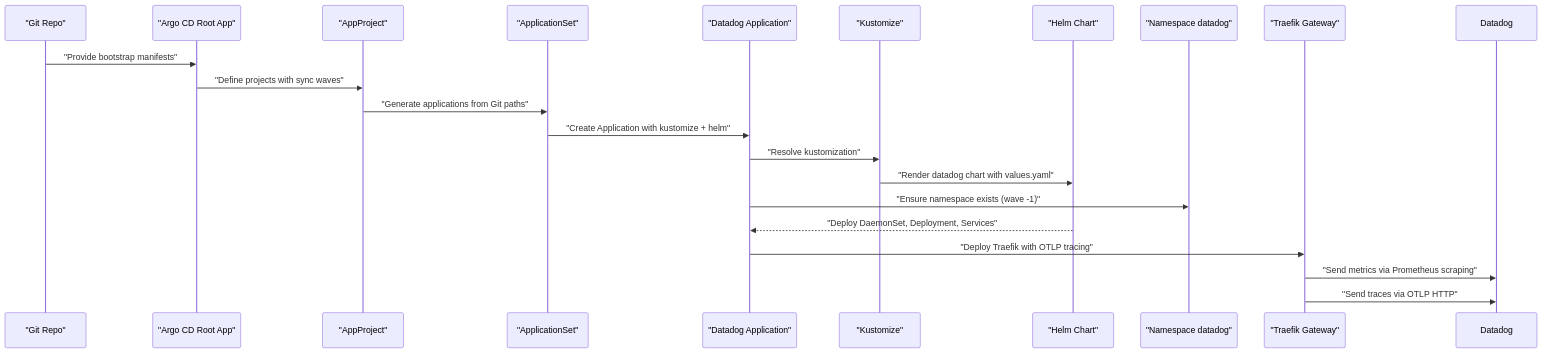
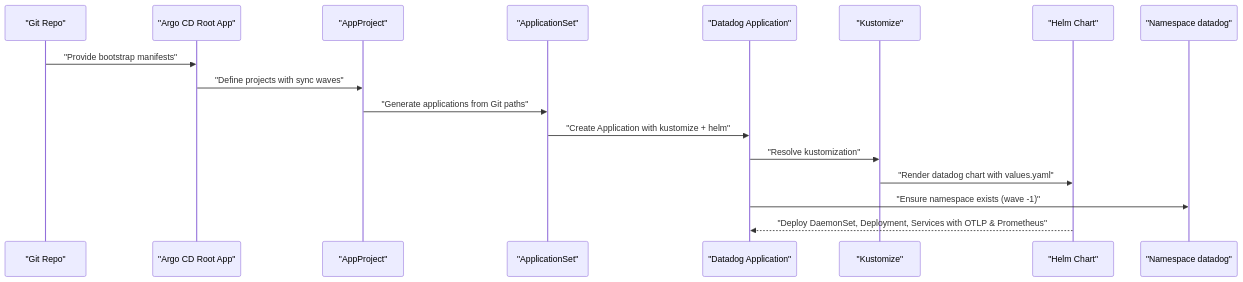
The second of 4 diagrams in .qoder/repowiki/en/content/Infrastructure Applications/Datadog Monitoring Agent.md (Hoangvu75/k8s_manifest), drawn with Mermaid before and after one commit. The commit also changed other lines of this file and 31 other files, not shown here.

````diff
--- a/.qoder/repowiki/en/content/Infrastructure Applications/Datadog Monitoring Agent.md
+++ b/.qoder/repowiki/en/content/Infrastructure Applications/Datadog Monitoring Agent.md
@@ -149,23 +135,19 @@
 ```mermaid
 sequenceDiagram
 participant Git as "Git Repo"
 participant Root as "Argo CD Root App"
 participant Proj as "AppProject"
 participant Set as "ApplicationSet"
 participant App as "Datadog Application"
 participant Kust as "Kustomize"
 participant Helm as "Helm Chart"
 participant NS as "Namespace datadog"
-participant Traefik as "Traefik Gateway"
 Git->>Root : "Provide bootstrap manifests"
 Root->>Proj : "Define projects with sync waves"
 Proj->>Set : "Generate applications from Git paths"
 Set->>App : "Create Application with kustomize + helm"
 App->>Kust : "Resolve kustomization"
 Kust->>Helm : "Render datadog chart with values.yaml"
 App->>NS : "Ensure namespace exists (wave -1)"
-Helm-->>App : "Deploy DaemonSet, Deployment, Services"
-App->>Traefik : "Deploy Traefik with OTLP tracing"
-Traefik->>Datadog : "Send metrics via Prometheus scraping"
-Traefik->>Datadog : "Send traces via OTLP HTTP"
+Helm-->>App : "Deploy DaemonSet, Deployment, Services with OTLP & Prometheus"
 ```
````
